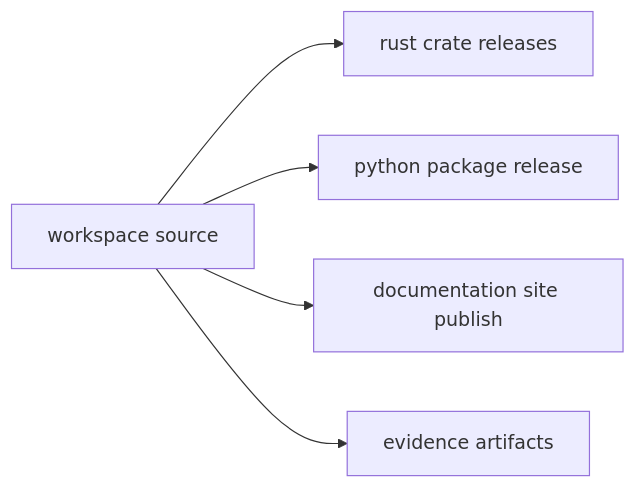
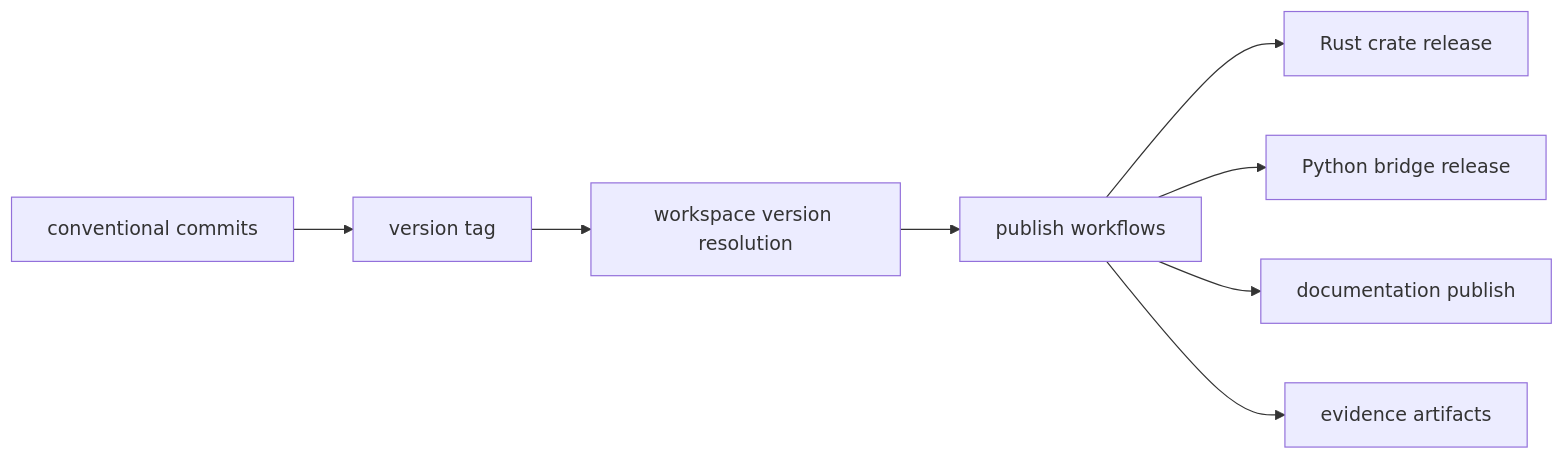
One commit to bijux/bijux-cli changed the diagram in docs/bijux-core/architecture/distribution-model.md. Above: the diagram before and after it, drawn with Mermaid.

Commit message:
docs(bijux-core): map distribution model from tag to publish surfaces

````diff
--- a/docs/bijux-core/architecture/distribution-model.md
+++ b/docs/bijux-core/architecture/distribution-model.md
@@ -17,7 +17,10 @@
 ```mermaid
 flowchart LR
-    source[workspace source] --> crates_release[rust crate releases]
-    source --> python_release[python package release]
-    source --> docs_site[documentation site publish]
-    source --> artifacts[evidence artifacts]
+    commits[conventional commits] --> tag[version tag]
+    tag --> version[workspace version resolution]
+    version --> publish[publish workflows]
+    publish --> crates_release[Rust crate release]
+    publish --> python_release[Python bridge release]
+    publish --> docs_site[documentation publish]
+    publish --> evidence[evidence artifacts]
 ```
````
